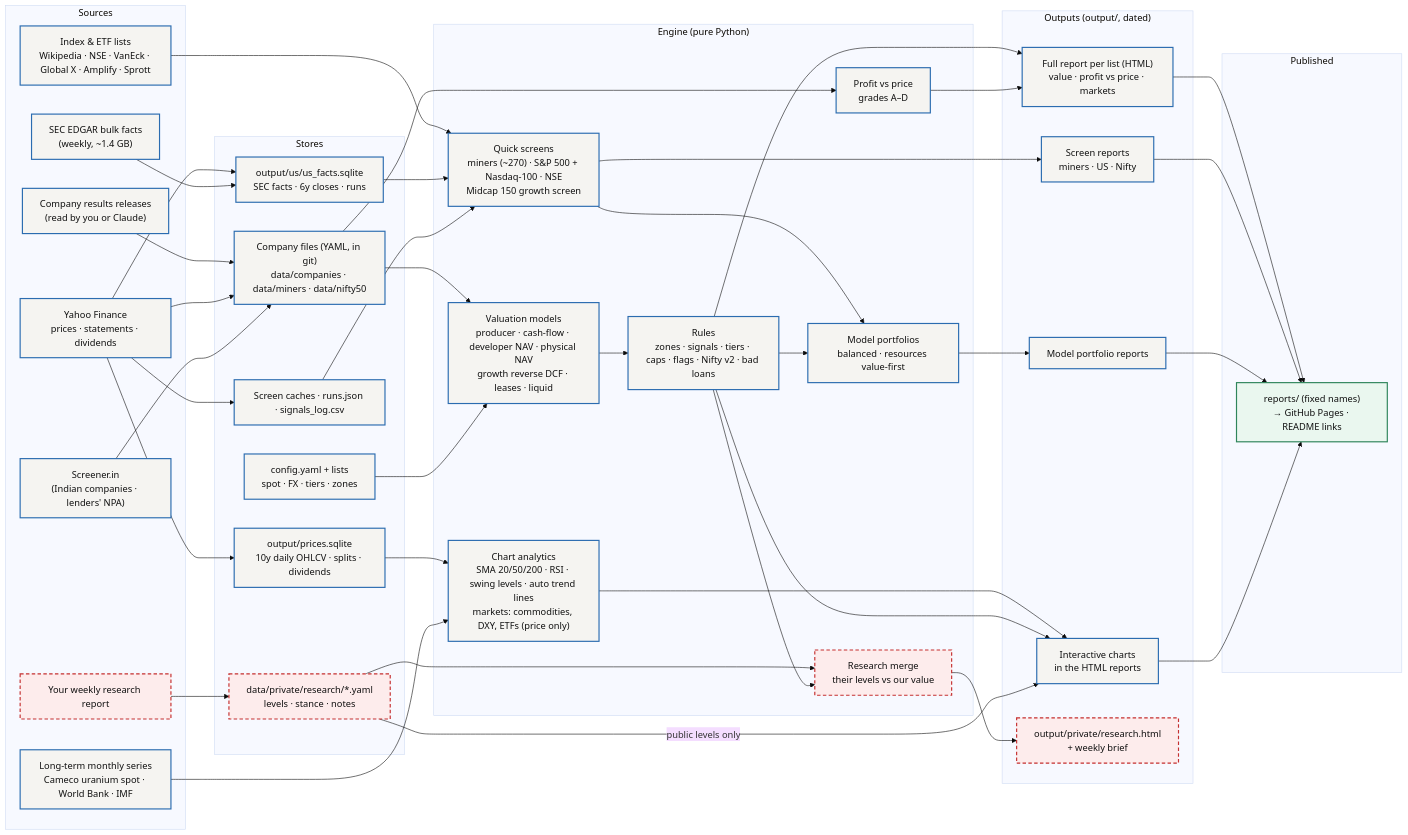
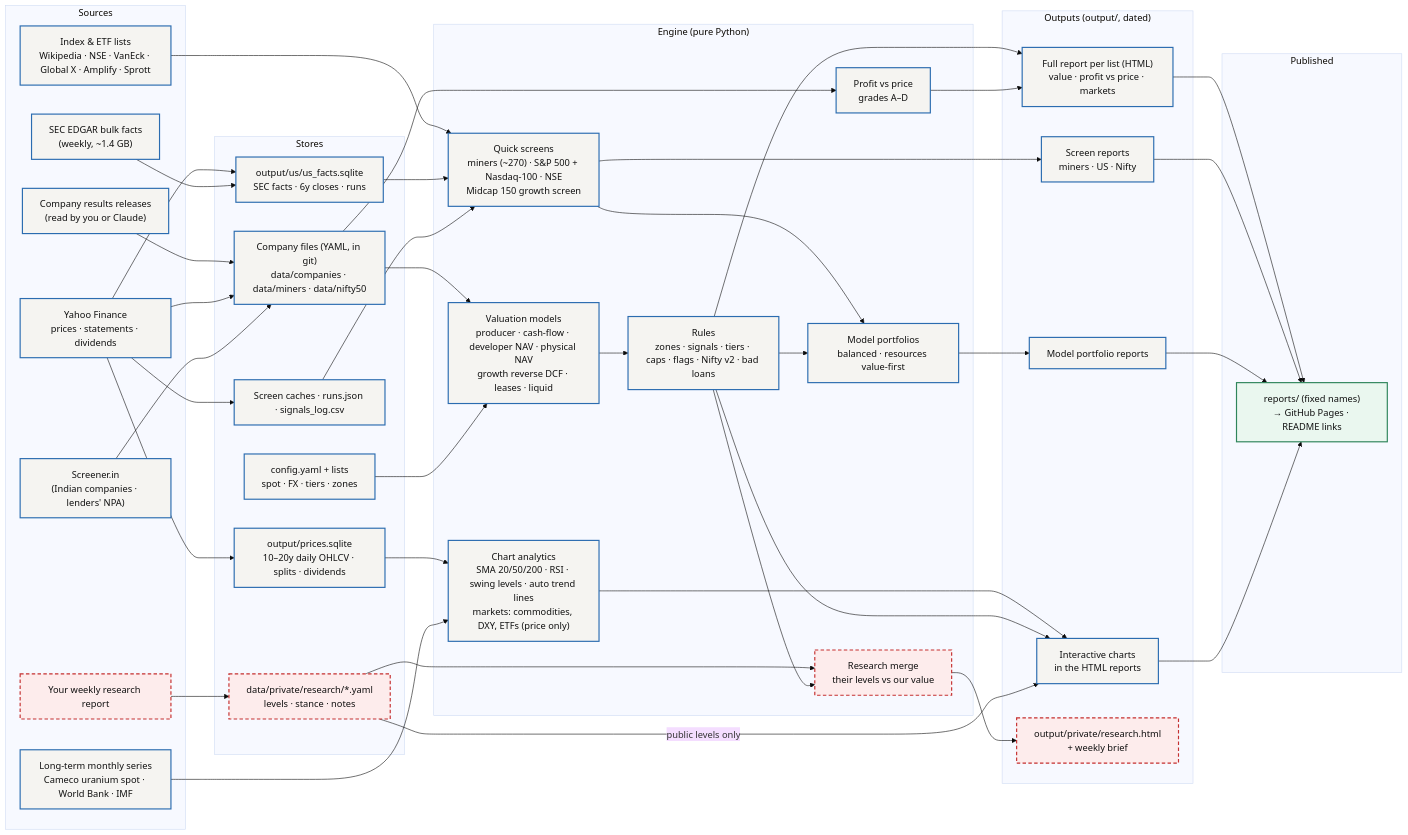
The first of 5 diagrams in docs/ARCHITECTURE.md (vijayvadapalli/value-screener), drawn with Mermaid (base theme) before and after one commit. The commit also changed other lines of this file and 226 other files, not shown here.

First line of the commit message:
Added Dr. Gupas rules Resource and tech screens, settings panel, backtest, 20-year charts

````diff
--- a/docs/ARCHITECTURE.md
+++ b/docs/ARCHITECTURE.md
@@ -20,64 +20,64 @@
 ```mermaid
 flowchart LR
   classDef done fill:#F5F4F1,stroke:#2B6CB0,stroke-width:2px,color:#111
   classDef next fill:#FFFFFF,stroke:#2B6CB0,stroke-width:2px,stroke-dasharray:6 4,color:#111
   classDef priv fill:#FDECEC,stroke:#C53030,stroke-width:2px,stroke-dasharray:6 4,color:#111
   classDef pub fill:#EAF7EF,stroke:#2F855A,stroke-width:2px,color:#111
 
   subgraph SRC["Sources"]
     REL["Company results releases<br/>(read by you or Claude)"]:::done
     YF["Yahoo Finance<br/>prices · statements · dividends"]:::done
     SEC["SEC EDGAR bulk facts<br/>(weekly, ~1.4 GB)"]:::done
     SIN["Screener.in<br/>(Indian companies · lenders' NPA)"]:::done
     IDX["Index & ETF lists<br/>Wikipedia · NSE · VanEck · Global X · Amplify · Sprott"]:::done
     LT["Long-term monthly series<br/>Cameco uranium spot · World Bank · IMF"]:::done
     WR["Your weekly research report"]:::priv
   end
 
   subgraph STORE["Stores"]
     CF["Company files (YAML, in git)<br/>data/companies · data/miners · data/nifty50"]:::done
     CFG["config.yaml + lists<br/>spot · FX · tiers · zones"]:::done
     FDB["output/us/us_facts.sqlite<br/>SEC facts · 6y closes · runs"]:::done
     CACHE["Screen caches · runs.json · signals_log.csv"]:::done
-    PDB["output/prices.sqlite<br/>10y daily OHLCV · splits · dividends"]:::done
+    PDB["output/prices.sqlite<br/>10–20y daily OHLCV · splits · dividends"]:::done
     RES["data/private/research/*.yaml<br/>levels · stance · notes"]:::priv
   end
 
   subgraph ENG["Engine (pure Python)"]
     MOD["Valuation models<br/>producer · cash-flow · developer NAV · physical NAV<br/>growth reverse DCF · leases · liquid"]:::done
     RUL["Rules<br/>zones · signals · tiers · caps · flags · Nifty v2 · bad loans"]:::done
     PVP["Profit vs price<br/>grades A–D"]:::done
     QS["Quick screens<br/>miners (~270) · S&P 500 + Nasdaq-100 · NSE<br/>Midcap 150 growth screen"]:::done
     MP["Model portfolios<br/>balanced · resources value-first"]:::done
     TA["Chart analytics<br/>SMA 20/50/200 · RSI · swing levels · auto trend lines<br/>markets: commodities, DXY, ETFs (price only)"]:::done
     MRG["Research merge<br/>their levels vs our value"]:::priv
   end
 
   subgraph OUT["Outputs (output/, dated)"]
     FULL["Full report per list (HTML)<br/>value · profit vs price · markets"]:::done
     SCR["Screen reports<br/>miners · US · Nifty"]:::done
     MPR["Model portfolio reports"]:::done
     CH["Interactive charts<br/>in the HTML reports"]:::done
     PRIV["output/private/research.html<br/>+ weekly brief"]:::priv
   end
 
   subgraph PUB["Published"]
     REP["reports/ (fixed names)<br/>→ GitHub Pages · README links"]:::pub
   end
 
   REL --> CF
   YF --> CF & CACHE & FDB & PDB
   SEC --> FDB
   SIN --> CF
   IDX --> QS
   WR --> RES
   CF & CFG --> MOD --> RUL --> FULL
   CF --> PVP --> FULL
   FDB & CACHE --> QS --> SCR
   QS & RUL --> MP --> MPR
   PDB & LT --> TA --> CH
   RUL --> CH
   RES -- "public levels only" --> CH
   RES & RUL --> MRG --> PRIV
   FULL & SCR & MPR & CH --> REP
 ```
````
